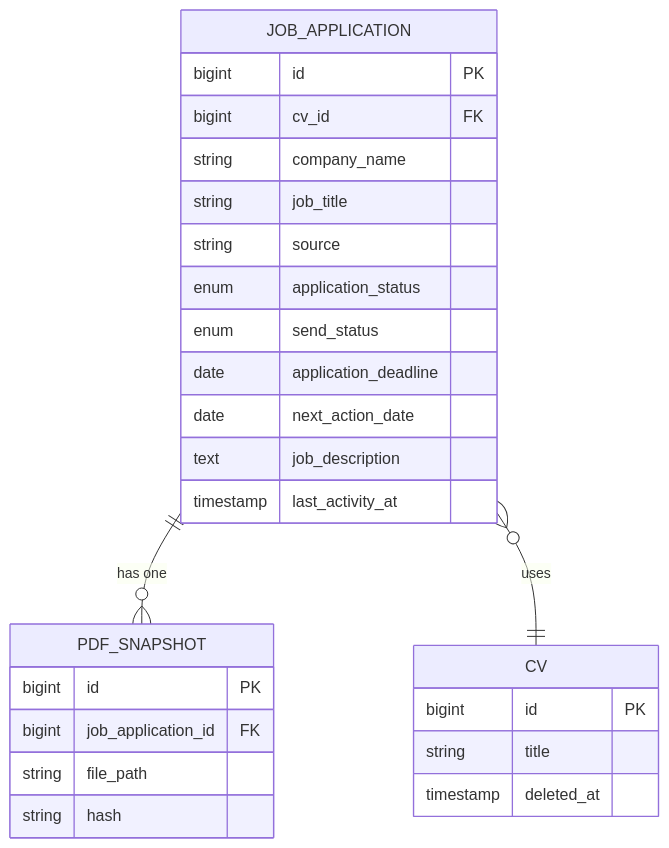
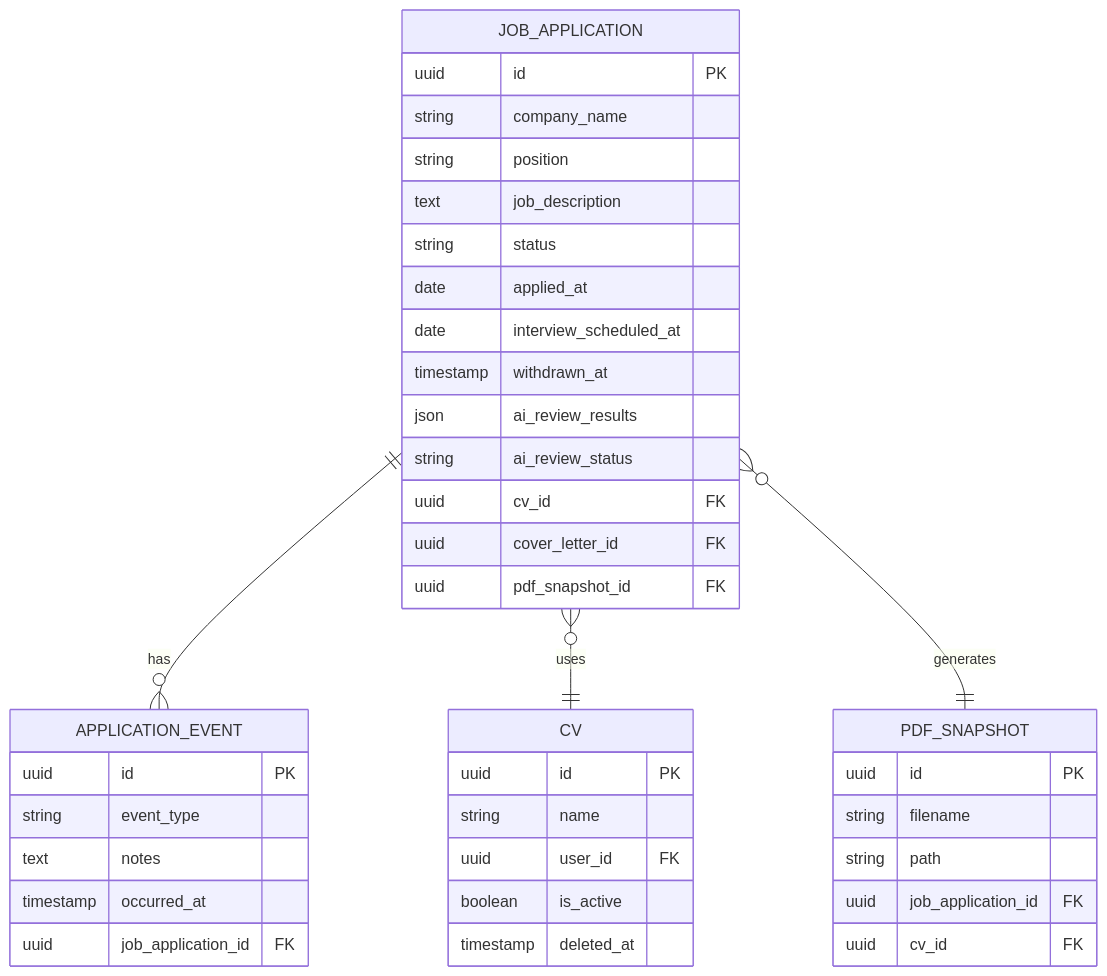
One commit to withoutfanfare/cv-builder changed the first of 3 diagrams in .qoder/repowiki/en/content/Job Application Tracking/Job Application Tracking.md. Above: the diagram before and after it, drawn with Mermaid. The commit also changed other lines of this file and 128 other files, not shown here.

````diff
--- a/.qoder/repowiki/en/content/Job Application Tracking/Job Application Tracking.md
+++ b/.qoder/repowiki/en/content/Job Application Tracking/Job Application Tracking.md
@@ -45,29 +46,42 @@
 ```mermaid
 erDiagram
 JOB_APPLICATION {
-bigint id PK
-bigint cv_id FK
+uuid id PK
 string company_name
-string job_title
-string source
-enum application_status
-enum send_status
-date application_deadline
-date next_action_date
+string position
 text job_description
-timestamp last_activity_at
+string status
+date applied_at
+date interview_scheduled_at
+timestamp withdrawn_at
+json ai_review_results
+string ai_review_status
+uuid cv_id FK
+uuid cover_letter_id FK
+uuid pdf_snapshot_id FK
 }
 CV {
-bigint id PK
-string title
+uuid id PK
+string name
+uuid user_id FK
+boolean is_active
 timestamp deleted_at
 }
+APPLICATION_EVENT {
+uuid id PK
+string event_type
+text notes
+timestamp occurred_at
+uuid job_application_id FK
+}
 PDF_SNAPSHOT {
-bigint id PK
-bigint job_application_id FK
-string file_path
-string hash
+uuid id PK
+string filename
+string path
+uuid job_application_id FK
+uuid cv_id FK
 }
-JOB_APPLICATION ||--o{ PDF_SNAPSHOT : "has one"
+JOB_APPLICATION ||--o{ APPLICATION_EVENT : "has"
 JOB_APPLICATION }o--|| CV : "uses"
+JOB_APPLICATION }o--|| PDF_SNAPSHOT : "generates"
 ```
````
